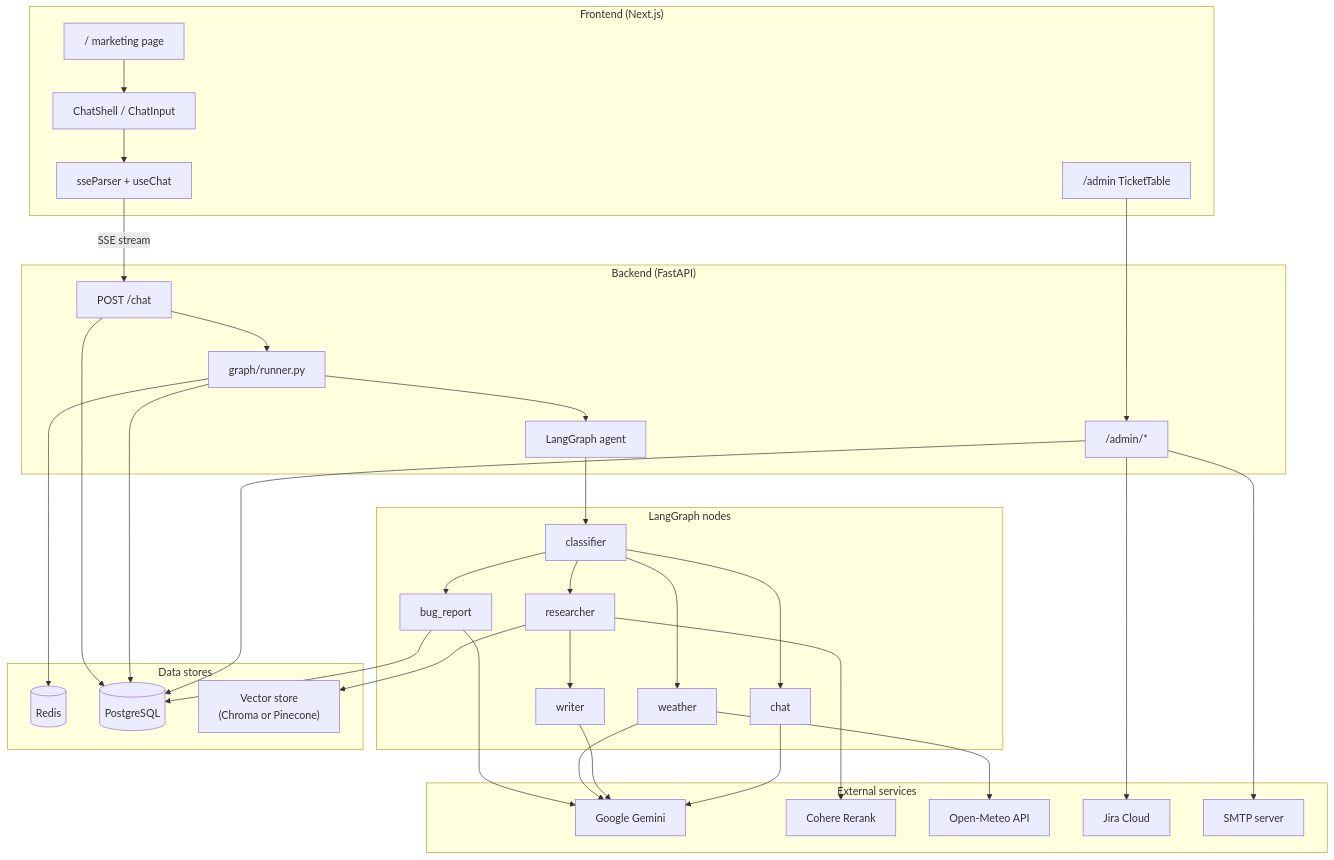
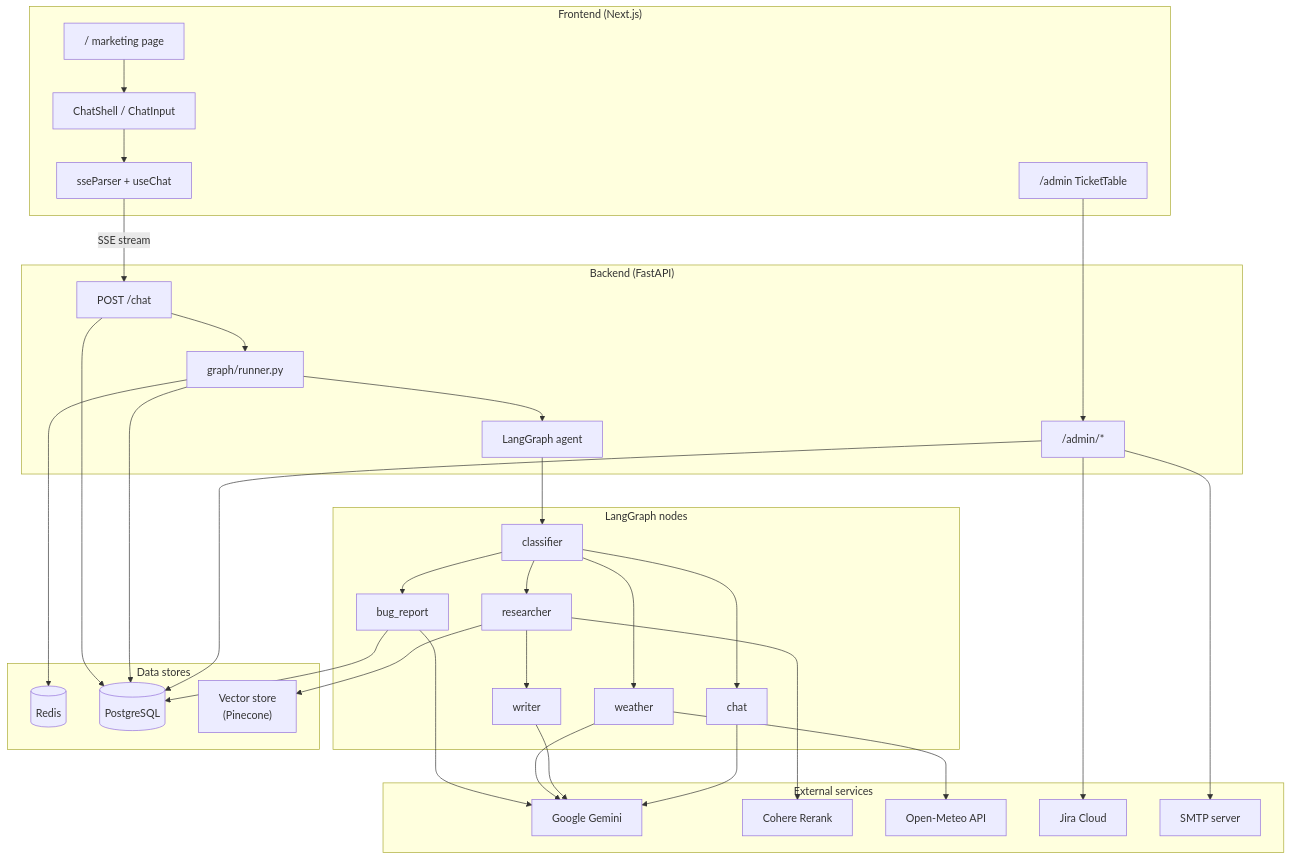
Before and after one commit to razin-ccc/chatbot: the first of 5 diagrams in README.md, drawn with Mermaid. The commit also changed other lines of this file and 2 other files, not shown here.

````diff
--- a/README.md
+++ b/README.md
@@ -52,69 +52,69 @@
 ```mermaid
 flowchart TB
     subgraph Client["Frontend (Next.js)"]
         Landing["/ marketing page"]
         ChatUI[ChatShell / ChatInput]
         AdminUI["/admin TicketTable"]
         SSE[sseParser + useChat]
     end
 
     subgraph API["Backend (FastAPI)"]
         ChatRoute["POST /chat"]
         AdminRoute["/admin/*"]
         Runner[graph/runner.py]
         Graph[LangGraph agent]
     end
 
     subgraph GraphNodes["LangGraph nodes"]
         CLS[classifier]
         CHAT[chat]
         RES[researcher]
         WRI[writer]
         WTH[weather]
         BUG[bug_report]
     end
 
     subgraph External["External services"]
         Gemini[Google Gemini]
         Cohere[Cohere Rerank]
         Meteo[Open-Meteo API]
         Jira[Jira Cloud]
         SMTP[SMTP server]
     end
 
     subgraph Data["Data stores"]
         Redis[(Redis)]
         PG[(PostgreSQL)]
-        VectorDB["Vector store\n(Chroma or Pinecone)"]
+        VectorDB["Vector store\n(Pinecone)"]
     end
 
     Landing --> ChatUI
     ChatUI --> SSE
     AdminUI --> AdminRoute
     SSE -->|SSE stream| ChatRoute
     ChatRoute --> Runner
     Runner --> Graph
     Graph --> CLS
     CLS --> CHAT
     CLS --> RES
     CLS --> WTH
     CLS --> BUG
     RES --> WRI
 
     CHAT --> Gemini
     WRI --> Gemini
     WTH --> Meteo
     WTH --> Gemini
     BUG --> Gemini
     BUG --> PG
     RES --> VectorDB
     RES --> Cohere
 
     AdminRoute --> Jira
     AdminRoute --> SMTP
     AdminRoute --> PG
 
     Runner --> Redis
     Runner --> PG
     ChatRoute --> PG
 ```
````
